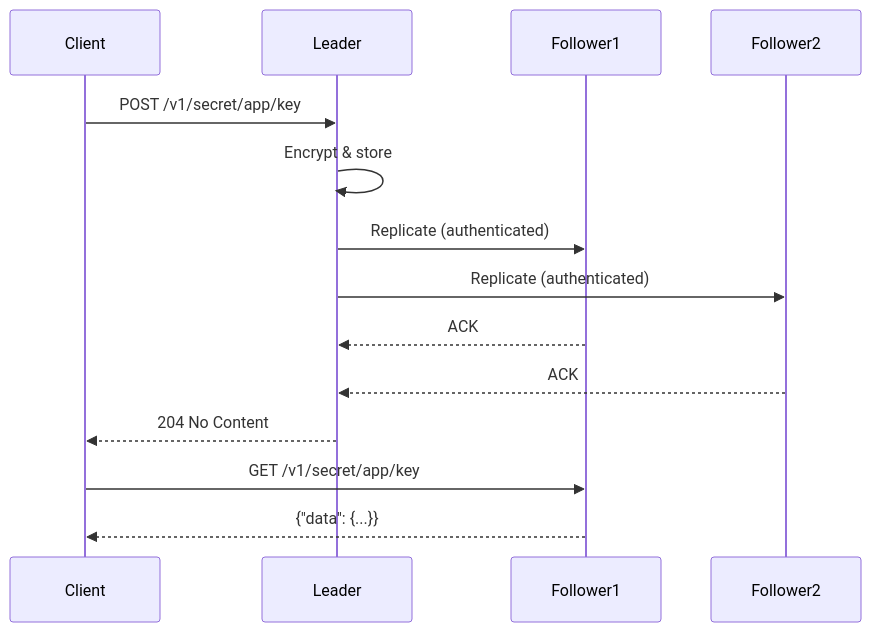
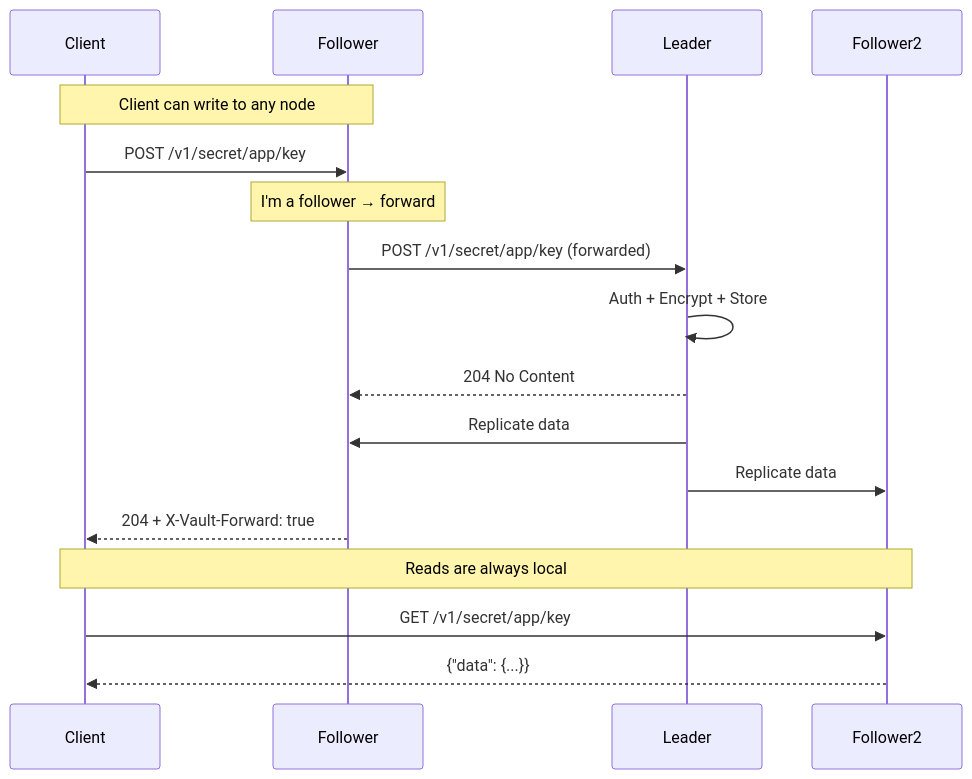
Before and after one commit to geekychris/securevault: the fifth of 6 diagrams in README.md, drawn with Mermaid. The commit also changed other lines of this file and 6 other files, not shown here.

````diff
--- a/README.md
+++ b/README.md
@@ -327,18 +334,21 @@
 ```mermaid
 sequenceDiagram
     participant Client
+    participant Follower
     participant Leader
-    participant Follower1
     participant Follower2
 
-    Client->>Leader: POST /v1/secret/app/key
-    Leader->>Leader: Encrypt & store
-    Leader->>Follower1: Replicate (authenticated)
-    Leader->>Follower2: Replicate (authenticated)
-    Follower1-->>Leader: ACK
-    Follower2-->>Leader: ACK
-    Leader-->>Client: 204 No Content
+    Note over Client,Follower: Client can write to any node
+    Client->>Follower: POST /v1/secret/app/key
+    Note over Follower: I'm a follower → forward
+    Follower->>Leader: POST /v1/secret/app/key (forwarded)
+    Leader->>Leader: Auth + Encrypt + Store
+    Leader-->>Follower: 204 No Content
+    Leader->>Follower: Replicate data
+    Leader->>Follower2: Replicate data
+    Follower-->>Client: 204 + X-Vault-Forward: true
 
-    Client->>Follower1: GET /v1/secret/app/key
-    Follower1-->>Client: {"data": {...}}
+    Note over Client,Follower2: Reads are always local
+    Client->>Follower2: GET /v1/secret/app/key
+    Follower2-->>Client: {"data": {...}}
 ```
````
